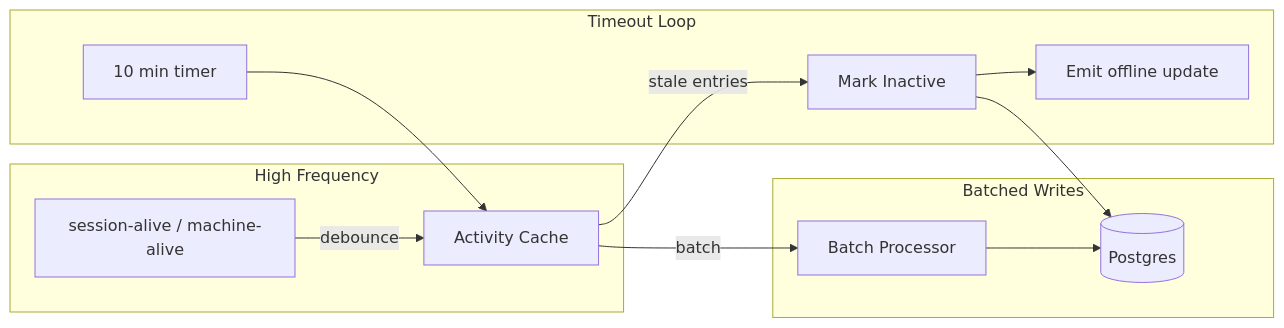
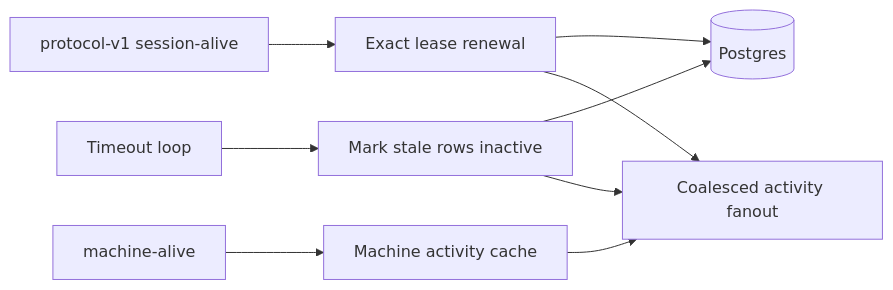
The sixth of 9 diagrams in docs/backend-architecture.md (meow-ch/happy-server), drawn with Mermaid before and after one commit. The commit also changed other lines of this file and 10 other files, not shown here.

````diff
--- a/docs/backend-architecture.md
+++ b/docs/backend-architecture.md
@@ -225,24 +240,11 @@
 ```mermaid
 flowchart LR
-    subgraph "High Frequency"
-        Events[session-alive / machine-alive]
-        Cache[Activity Cache]
-    end
-
-    subgraph "Batched Writes"
-        Batch[Batch Processor]
-        DB[(Postgres)]
-    end
-
-    subgraph "Timeout Loop"
-        Timer[10 min timer]
-        Offline[Mark Inactive]
-        Emit[Emit offline update]
-    end
-
-    Events --> |debounce| Cache
-    Cache --> |batch| Batch --> DB
-    Timer --> Cache
-    Cache --> |stale entries| Offline --> DB
-    Offline --> Emit
+    SessionAlive[protocol-v1 session-alive] --> LeaseCAS[Exact lease renewal]
+    LeaseCAS --> DB[(Postgres)]
+    LeaseCAS --> Activity[Coalesced activity fanout]
+    MachineAlive[machine-alive] --> MachineCache[Machine activity cache]
+    MachineCache --> Activity
+    Timer[Timeout loop] --> Offline[Mark stale rows inactive]
+    Offline --> DB
+    Offline --> Activity
 ```
````
